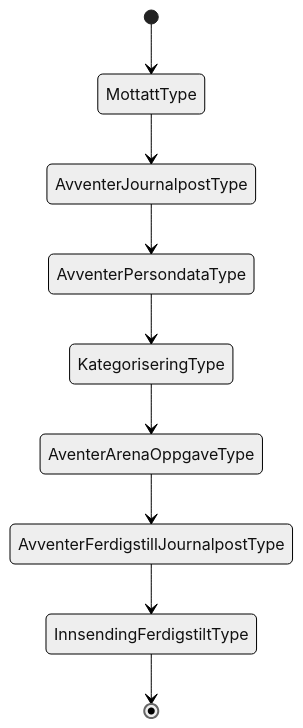
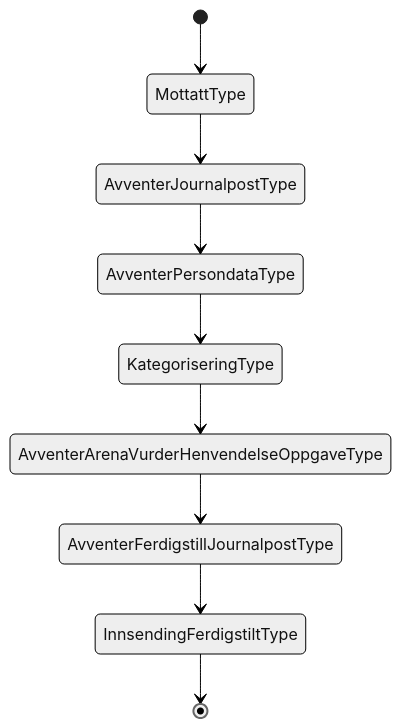
The diagram in docs/arkitektur/tilstander/NAV 04-06.05.approved.md (navikt/dp-mottak), drawn with Mermaid (neutral theme) before and after one commit. The commit also changed 23 other files, not shown here.

````diff
--- a/docs/arkitektur/tilstander/NAV 04-06.05.approved.md
+++ b/docs/arkitektur/tilstander/NAV 04-06.05.approved.md
@@ -3,11 +3,11 @@
 ```mermaid
    stateDiagram
    [*]-->MottattType
    	MottattType --> AvventerJournalpostType
 	AvventerJournalpostType --> AvventerPersondataType
 	AvventerPersondataType --> KategoriseringType
-	KategoriseringType --> AventerArenaOppgaveType
-	AventerArenaOppgaveType --> AvventerFerdigstillJournalpostType
+	KategoriseringType --> AvventerArenaVurderHenvendelseOppgaveType
+	AvventerArenaVurderHenvendelseOppgaveType --> AvventerFerdigstillJournalpostType
 	AvventerFerdigstillJournalpostType --> InnsendingFerdigstiltType
    InnsendingFerdigstiltType--> [*]    
 ```
````
